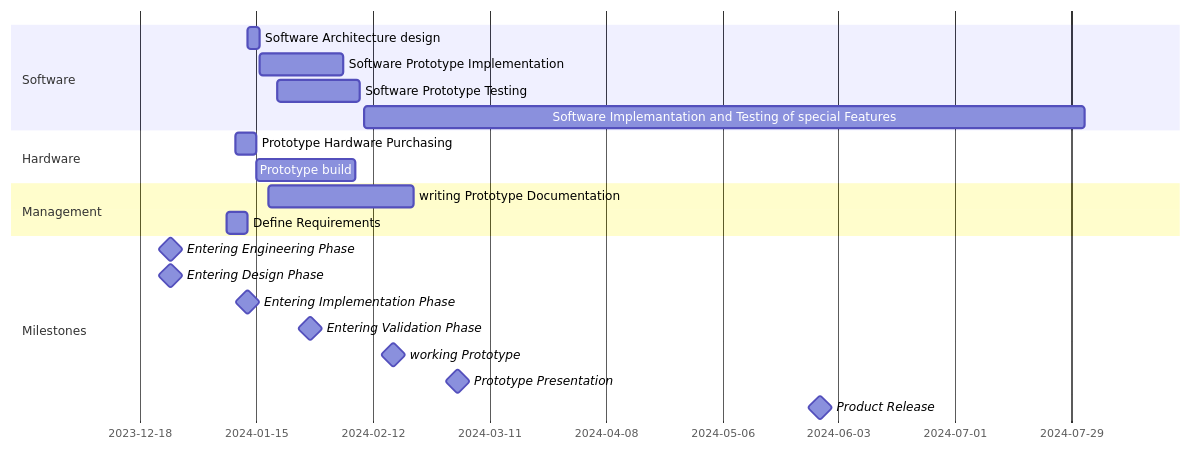
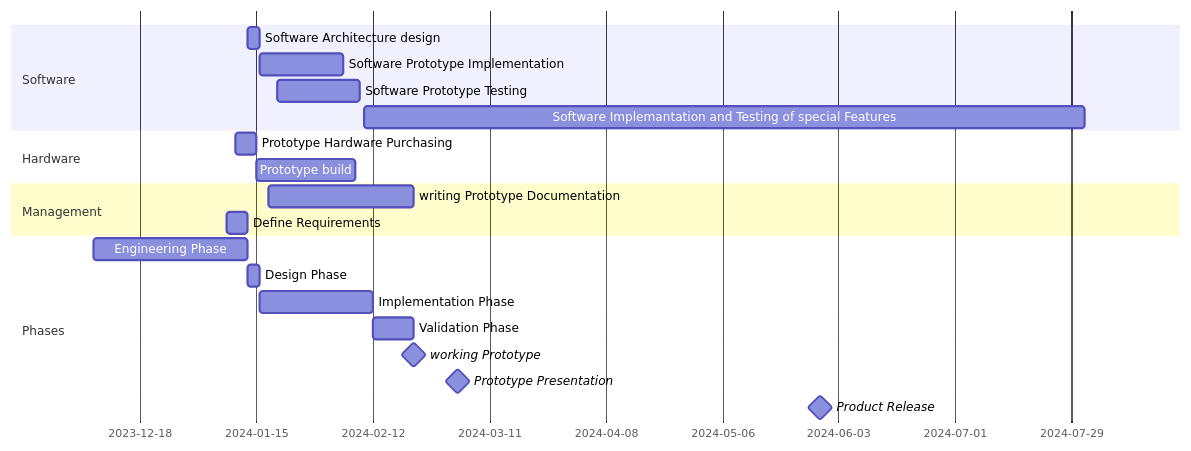
One commit to lukas1-12/Arduino_DHBW_Spiel changed the diagram in Management_Development/Schedule/Schedule.md. Above: the diagram before and after it, drawn with Mermaid.

Commit message:
Changed some milestones to Phases due to a bug in mermaid.
mermaid has a bug where milestones are rendered in the wrong position.

````diff
--- a/Management_Development/Schedule/Schedule.md
+++ b/Management_Development/Schedule/Schedule.md
@@ -3,25 +3,25 @@
 ```mermaid
 gantt
     tickInterval 4week
     weekday monday
     dateFormat YYYY-MM-DD
     section Software
         Software Architecture design        :a1, 2024-01-13, 3d
         Software Prototype Implementation   :a2, after a1, 20d
         Software Prototype Testing          :a3, 2024-01-20, 20d
         Software Implemantation and Testing of special Features :2024-02-10, 2024-08-01
     section Hardware
         Prototype Hardware Purchasing       :b1, 2024-01-10, 5d
         Prototype build                     :after b1, 24d
     section Management
         writing Prototype Documentation     :c1, 2024-01-18, 2024-02-22
         Define Requirements                 :c2, 2024-01-08, 2024-01-13
-    section Milestones
-        Entering Engineering Phase          :milestone, 2023-12-07
-        Entering Design Phase               :milestone, 2024-01-13
-        Entering Implementation Phase       :milestone, with a2
-        Entering Validation Phase           :milestone, 2024-02-12
+    section Phases
+        Engineering Phase                   :d1, 2023-12-07, 2024-01-13
+        Design Phase                        :d2, after d1, 3d
+        Implementation Phase                :d3, after d2, 2024-02-12
+        Validation Phase                    :d4, after d3, 2024-02-22
         working Prototype                   :milestone, 2024-02-22 
         Prototype Presentation              :milestone, 2024-03-14
         Product Release                     :milestone, 2024-08-14
 ```
````
